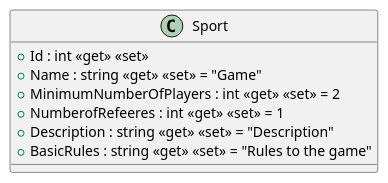
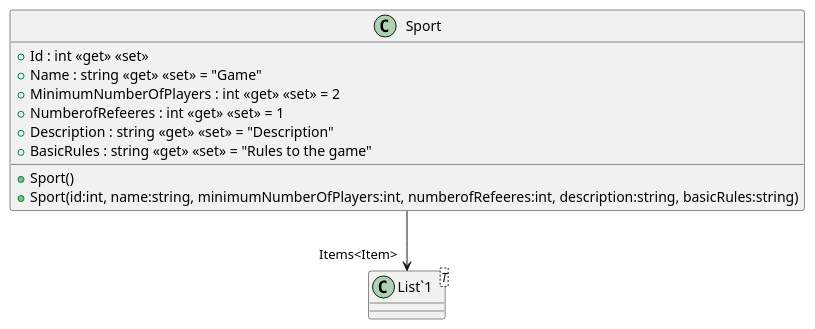
The diagram in src/AppForSEII.API/ClassDiagram/Sport.puml (SEII2627SEALLUAN/SEII2627SEALLUAN), drawn with PlantUML before and after one commit. The commit also changed 10 other files, not shown here.

```diff
--- a/src/AppForSEII.API/ClassDiagram/Sport.puml
+++ b/src/AppForSEII.API/ClassDiagram/Sport.puml
@@ -1,10 +1,15 @@
 @startuml
 class Sport {
+    + Sport()
+    + Sport(id:int, name:string, minimumNumberOfPlayers:int, numberofRefeeres:int, description:string, basicRules:string)
     + Id : int <<get>> <<set>>
     + Name : string <<get>> <<set>> = "Game"
     + MinimumNumberOfPlayers : int <<get>> <<set>> = 2
     + NumberofRefeeres : int <<get>> <<set>> = 1
     + Description : string <<get>> <<set>> = "Description"
     + BasicRules : string <<get>> <<set>> = "Rules to the game"
 }
+class "List`1"<T> {
+}
+Sport --> "Items<Item>" "List`1"
 @enduml
```
